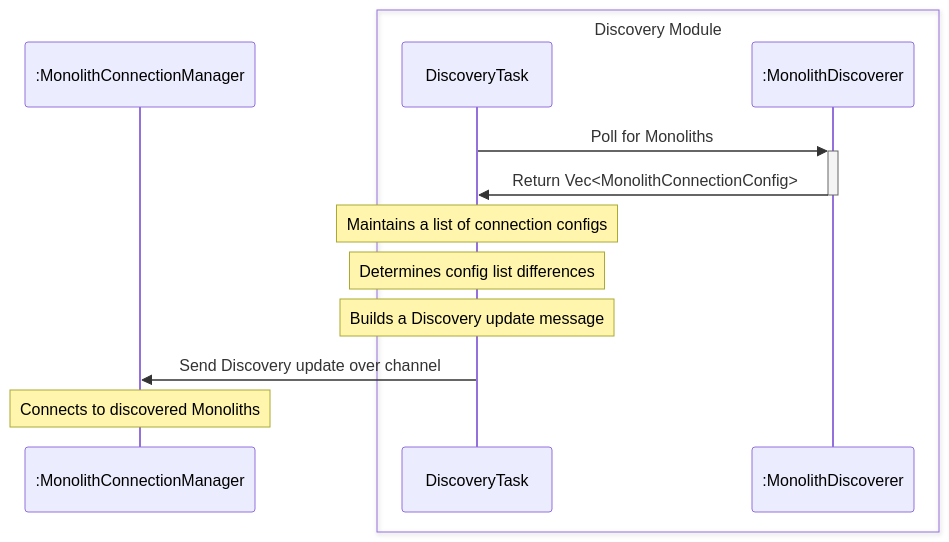
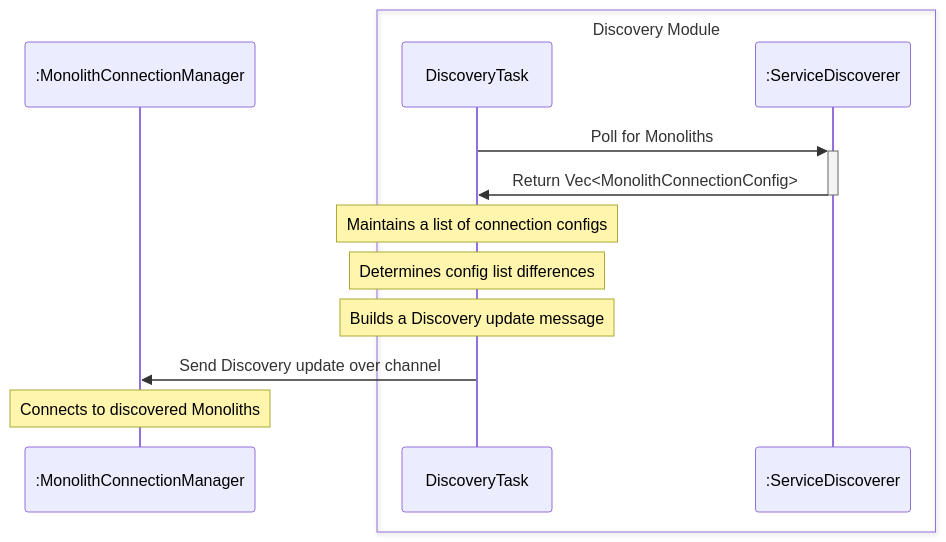
One commit to dyc3/senior-design changed the diagram in figures/discovery/discovery-sequence.mmd. Above: the diagram before and after it, drawn with Mermaid. The commit also changed other lines of this file and 13 other files, not shown here.

First line of the commit message:
rename monolith discovery to service discovery (#312)

```diff
--- a/figures/discovery/discovery-sequence.mmd
+++ b/figures/discovery/discovery-sequence.mmd
@@ -1,14 +1,14 @@
 sequenceDiagram
     participant MCM as :MonolithConnectionManager
     box Discovery Module
     participant DT as DiscoveryTask
-    participant MD as :MonolithDiscoverer
+    participant MD as :ServiceDiscoverer
     end
 
     DT->>+MD: Poll for Monoliths
     MD->>-DT: Return Vec<MonolithConnectionConfig>
     Note over DT: Maintains a list of connection configs
     Note over DT: Determines config list differences
     Note over DT: Builds a Discovery update message
     DT->>MCM: Send Discovery update over channel
     Note over MCM: Connects to discovered Monoliths
```
